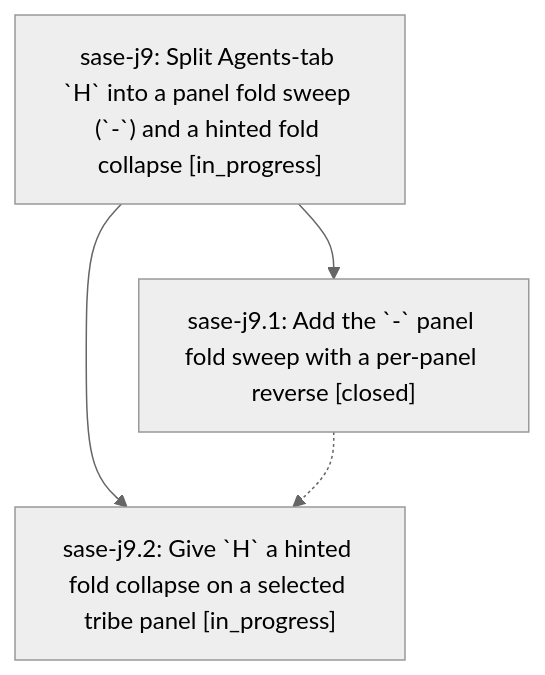
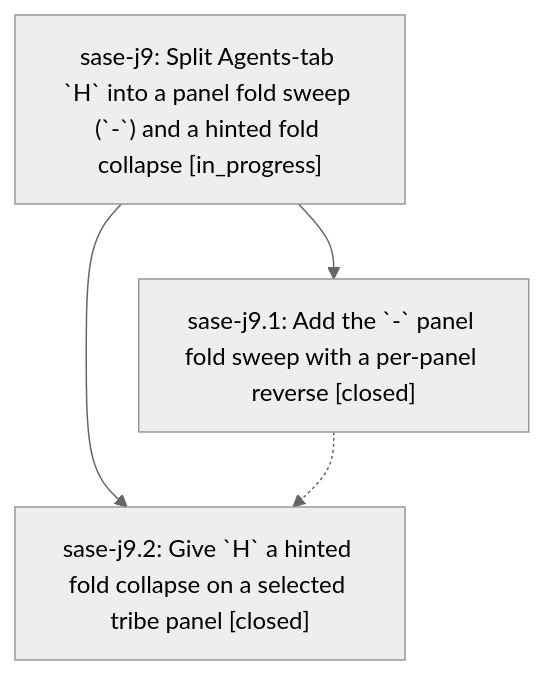
One commit to sase-org/sase--beads changed the diagram in pages/sase-j9/README.md. Above: the diagram before and after it, drawn with Mermaid (neutral theme). The commit also changed other lines of this file and 2 other files, not shown here.

First line of the commit message:
chore(beads): sync bead state and pages for sase-j9

````diff
--- a/pages/sase-j9/README.md
+++ b/pages/sase-j9/README.md
@@ -23,9 +31,9 @@
 ```mermaid
 flowchart TD
     n0["sase-j9: Split Agents-tab `H` into a panel fold sweep (`-`) and a hinted fold collapse [in_progress]"]
     n1["sase-j9.1: Add the `-` panel fold sweep with a per-panel reverse [closed]"]
-    n2["sase-j9.2: Give `H` a hinted fold collapse on a selected tribe panel [in_progress]"]
+    n2["sase-j9.2: Give `H` a hinted fold collapse on a selected tribe panel [closed]"]
     n0 --> n1
     n0 --> n2
     n1 -.-> n2
 ```
````
